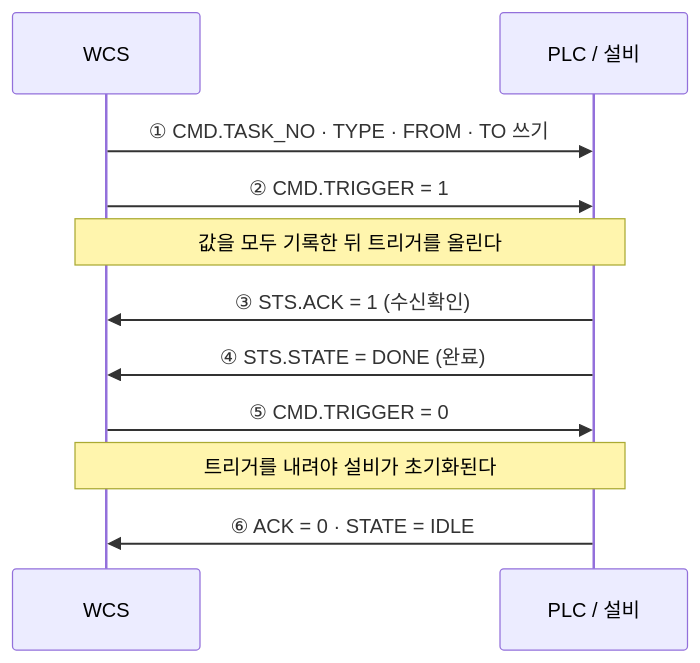
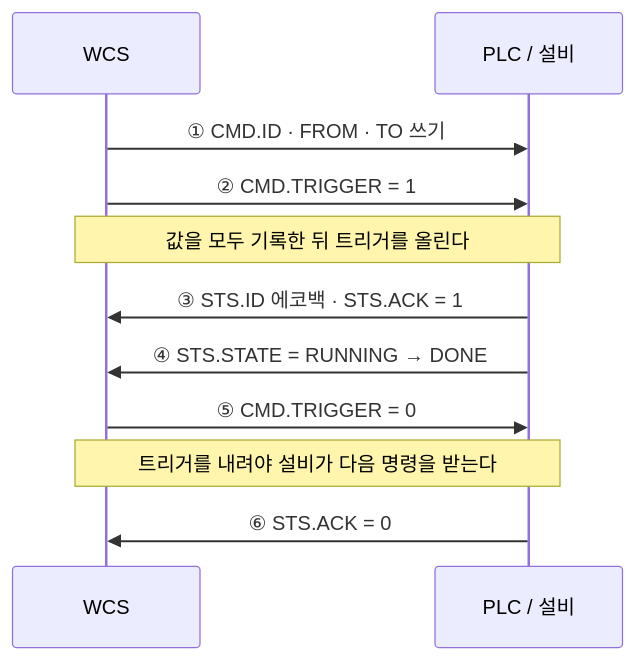
The second of 3 diagrams in README.md (hhhj-bot/wcs-poc), drawn with Mermaid before and after one commit. The commit also changed other lines of this file and 10 other files, not shown here.

````diff
--- a/README.md
+++ b/README.md
@@ -80,14 +89,14 @@
 ```mermaid
 sequenceDiagram
     participant W as WCS
     participant P as PLC / 설비
 
-    W->>P: ① CMD.TASK_NO · TYPE · FROM · TO 쓰기
+    W->>P: ① CMD.ID · FROM · TO 쓰기
     W->>P: ② CMD.TRIGGER = 1
     Note over W,P: 값을 모두 기록한 뒤 트리거를 올린다
-    P->>W: ③ STS.ACK = 1 (수신확인)
-    P->>W: ④ STS.STATE = DONE (완료)
+    P->>W: ③ STS.ID 에코백 · STS.ACK = 1
+    P->>W: ④ STS.STATE = RUNNING → DONE
     W->>P: ⑤ CMD.TRIGGER = 0
-    Note over W,P: 트리거를 내려야 설비가 초기화된다
-    P->>W: ⑥ ACK = 0 · STATE = IDLE
+    Note over W,P: 트리거를 내려야 설비가 다음 명령을 받는다
+    P->>W: ⑥ STS.ACK = 0
 ```
````
